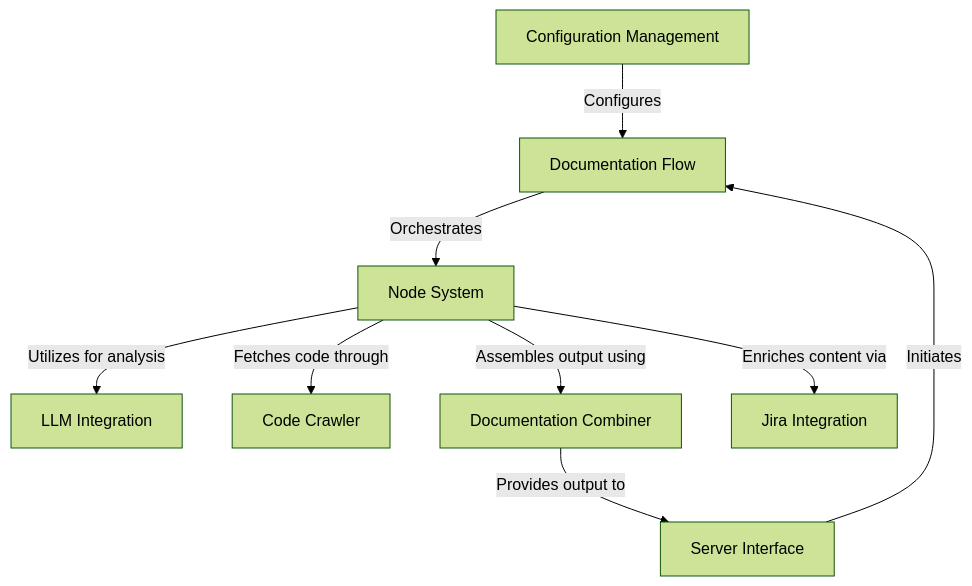
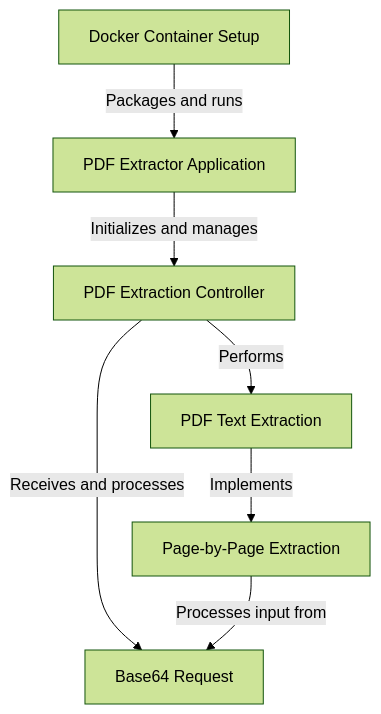
The first of 7 diagrams in README.md (dygavieta/NewRepo), drawn with Mermaid (forest theme) before and after one commit. The commit also changed other lines of this file, not shown here.

````diff
--- a/README.md
+++ b/README.md
@@ -11,27 +11,21 @@
 ```mermaid
 flowchart TD
-    A0["Documentation Flow
+    A0["PDF Extractor Application
 "]
-    A1["Node System
+    A1["PDF Extraction Controller
 "]
-    A2["LLM Integration
+    A2["Base64 Request
 "]
-    A3["Code Crawler
+    A3["PDF Text Extraction
 "]
-    A4["Documentation Combiner
+    A4["Docker Container Setup
 "]
-    A5["Jira Integration
+    A5["Page-by-Page Extraction
 "]
-    A6["Server Interface
-"]
-    A7["Configuration Management
-"]
-    A0 -- "Orchestrates" --> A1
-    A1 -- "Utilizes for analysis" --> A2
-    A1 -- "Fetches code through" --> A3
-    A1 -- "Assembles output using" --> A4
-    A1 -- "Enriches content via" --> A5
-    A6 -- "Initiates" --> A0
-    A7 -- "Configures" --> A0
-    A4 -- "Provides output to" --> A6
+    A0 -- "Initializes and manages" --> A1
+    A1 -- "Receives and processes" --> A2
+    A1 -- "Performs" --> A3
+    A3 -- "Implements" --> A5
+    A4 -- "Packages and runs" --> A0
+    A5 -- "Processes input from" --> A2
 ```
````
